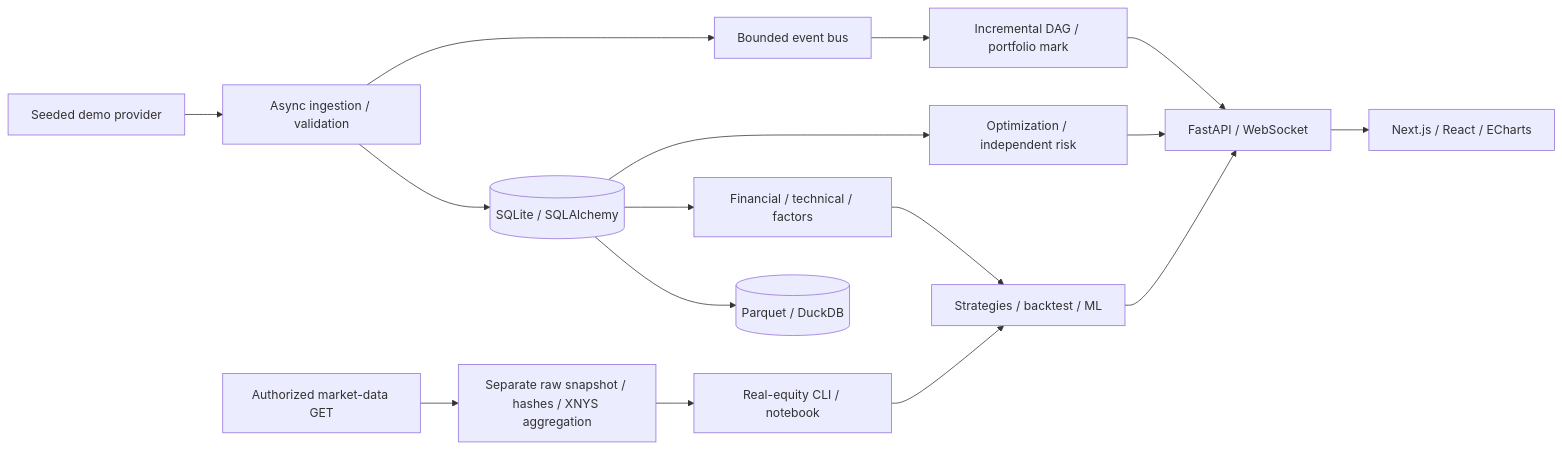
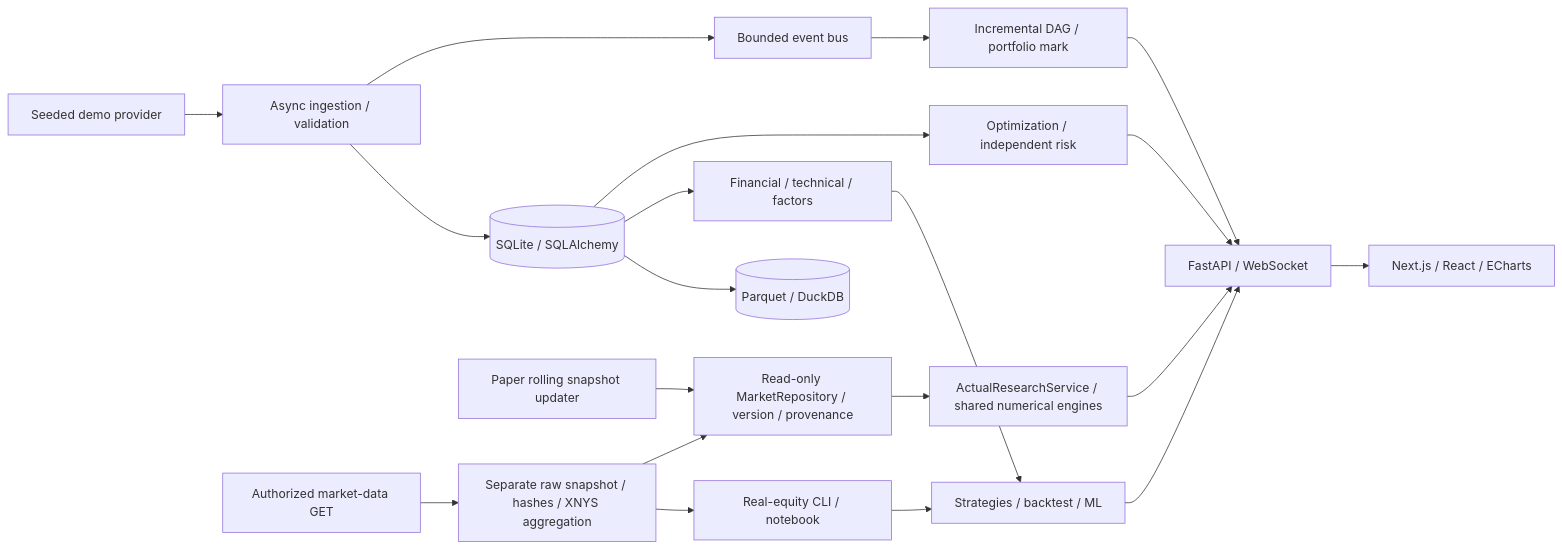
Before and after one commit to Kanghyeon5468/quant: the diagram in docs/architecture.md, drawn with Mermaid. The commit also changed other lines of this file and 113 other files, not shown here.

First line of the commit message:
Integrate real market research, paper risk, SEC and news analysis

````diff
--- a/docs/architecture.md
+++ b/docs/architecture.md
@@ -5,18 +5,22 @@
 ```mermaid
 flowchart LR
   Demo[Seeded demo provider] --> Ingestion[Async ingestion / validation]
   Ingestion --> SQL[(SQLite / SQLAlchemy)]
   SQL --> PQ[(Parquet / DuckDB)]
   Ingestion --> Events[Bounded event bus]
   Events --> DAG[Incremental DAG / portfolio mark]
   SQL --> Analytics[Financial / technical / factors]
   Analytics --> Research[Strategies / backtest / ML]
   SQL --> Risk[Optimization / independent risk]
   DAG --> API[FastAPI / WebSocket]
   Research --> API
   Risk --> API
   API --> Web[Next.js / React / ECharts]
   Alpaca[Authorized market-data GET] --> Frozen[Separate raw snapshot / hashes / XNYS aggregation]
   Frozen --> Real[Real-equity CLI / notebook]
   Real --> Research
+  Frozen --> Repository[Read-only MarketRepository / version / provenance]
+  Paper[Paper rolling snapshot updater] --> Repository
+  Repository --> Actual[ActualResearchService / shared numerical engines]
+  Actual --> API
 ```
````
